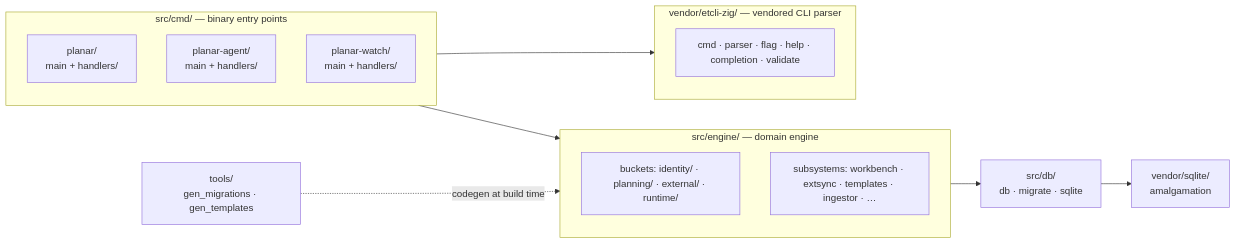
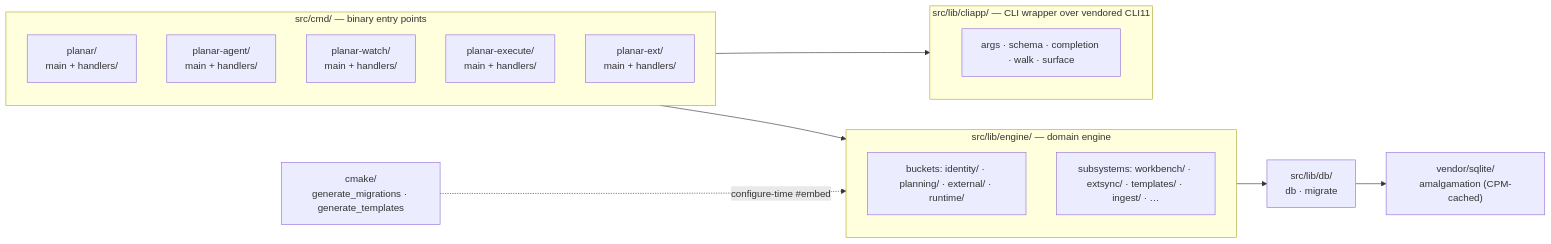
The second of 2 diagrams in docs/architecture.md (rdrsss/planar), drawn with Mermaid before and after one commit. The commit also changed other lines of this file and 4 other files, not shown here.

````diff
--- a/docs/architecture.md
+++ b/docs/architecture.md
@@ -285,27 +290,29 @@
 ```mermaid
 flowchart LR
     subgraph CMD["src/cmd/ — binary entry points"]
         P["planar/<br/>main + handlers/"]
         PA["planar-agent/<br/>main + handlers/"]
         PW["planar-watch/<br/>main + handlers/"]
+        PX["planar-execute/<br/>main + handlers/"]
+        PE["planar-ext/<br/>main + handlers/"]
     end
 
-    subgraph CLI["vendor/etcli-zig/ — vendored CLI parser"]
-        CLI1["cmd · parser · flag · help · completion · validate"]
+    subgraph CLI["src/lib/cliapp/ — CLI wrapper over vendored CLI11"]
+        CLI1["args · schema · completion · walk · surface"]
     end
 
-    subgraph ENG["src/engine/ — domain engine"]
+    subgraph ENG["src/lib/engine/ — domain engine"]
         EB["buckets: identity/ · planning/ · external/ · runtime/"]
-        ES["subsystems: workbench · extsync · templates · ingestor · …"]
+        ES["subsystems: workbench/ · extsync/ · templates/ · ingest/ · …"]
     end
 
-    DBM["src/db/<br/>db · migrate · sqlite"]
-    TOOLS["tools/<br/>gen_migrations · gen_templates"]
-    VEND["vendor/sqlite/<br/>amalgamation"]
+    DBM["src/lib/db/<br/>db · migrate"]
+    CODEGEN["cmake/<br/>generate_migrations · generate_templates"]
+    VEND["vendor/sqlite/<br/>amalgamation (CPM-cached)"]
 
     CMD --> CLI
     CMD --> ENG
     ENG --> DBM
     DBM --> VEND
-    TOOLS -.->|codegen at build time| ENG
+    CODEGEN -.->|configure-time #embed| ENG
 ```
````
